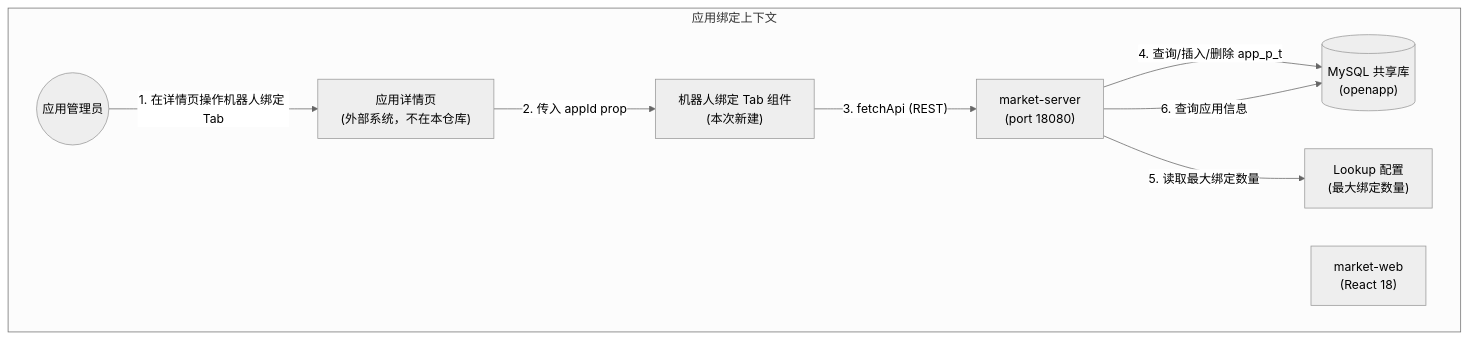
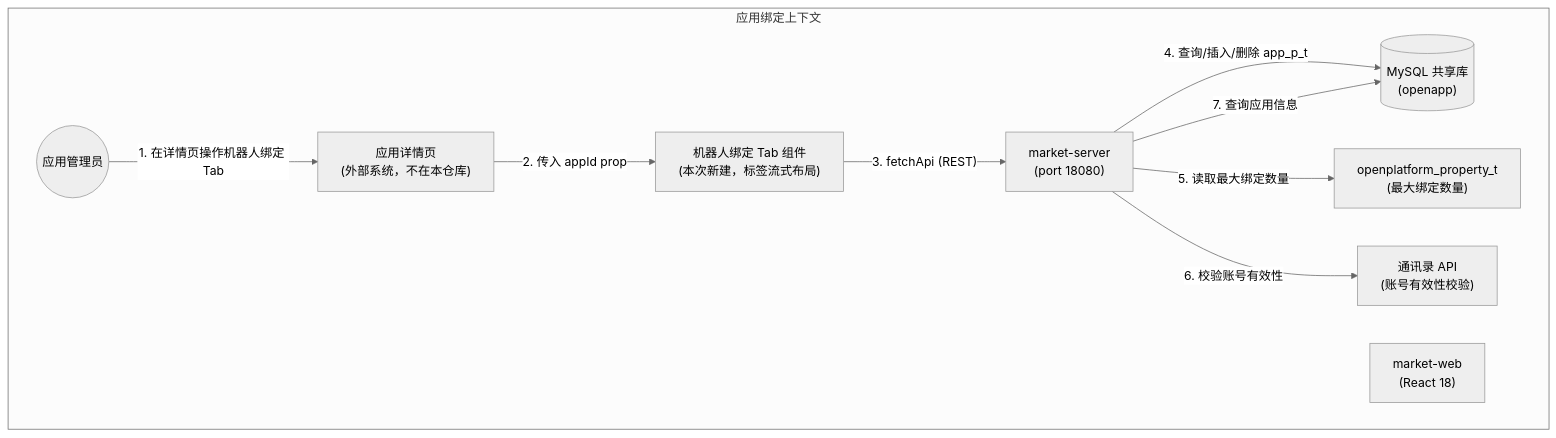
The first of 8 diagrams in docs/market-server/app-chatbot-bindtab-requirement.md (THZSummer/open-app), drawn with Mermaid (neutral theme) before and after one commit. The commit also changed other lines of this file and 2 other files, not shown here.

First line of the commit message:
feat(chatbot-bindtab): spec v2.0 - contact API validation + tag layout

````diff
--- a/docs/market-server/app-chatbot-bindtab-requirement.md
+++ b/docs/market-server/app-chatbot-bindtab-requirement.md
@@ -89,19 +90,21 @@
 ```mermaid
 graph TB
     subgraph 应用绑定上下文
         admin(("应用管理员"))
         detail_page["应用详情页<br/>(外部系统，不在本仓库)"]
-        chatbot_tab["机器人绑定 Tab 组件<br/>(本次新建)"]
+        chatbot_tab["机器人绑定 Tab 组件<br/>(本次新建，标签流式布局)"]
         market_web["market-web<br/>(React 18)"]
         market_server["market-server<br/>(port 18080)"]
+        wecontact["通讯录 API<br/>(账号有效性校验)"]
         mysql[("MySQL 共享库<br/>(openapp)")]
-        lookup["Lookup 配置<br/>(最大绑定数量)"]
+        prop_t["openplatform_property_t<br/>(最大绑定数量)"]
     end
 
     admin -- "1. 在详情页操作机器人绑定 Tab" --> detail_page
     detail_page -- "2. 传入 appId prop" --> chatbot_tab
     chatbot_tab -- "3. fetchApi (REST)" --> market_server
     market_server -- "4. 查询/插入/删除 app_p_t" --> mysql
-    market_server -- "5. 读取最大绑定数量" --> lookup
-    market_server -- "6. 查询应用信息" --> mysql
+    market_server -- "5. 读取最大绑定数量" --> prop_t
+    market_server -- "6. 校验账号有效性" --> wecontact
+    market_server -- "7. 查询应用信息" --> mysql
 ```
````
